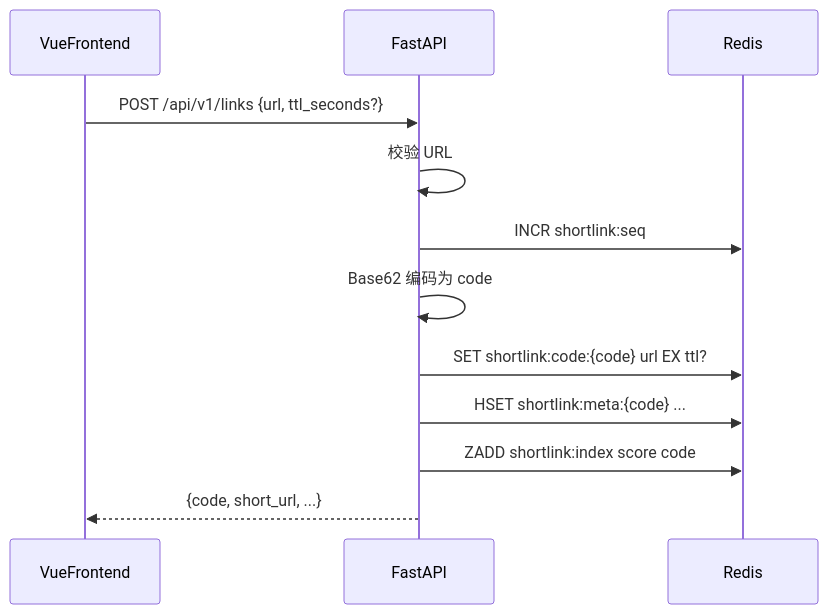
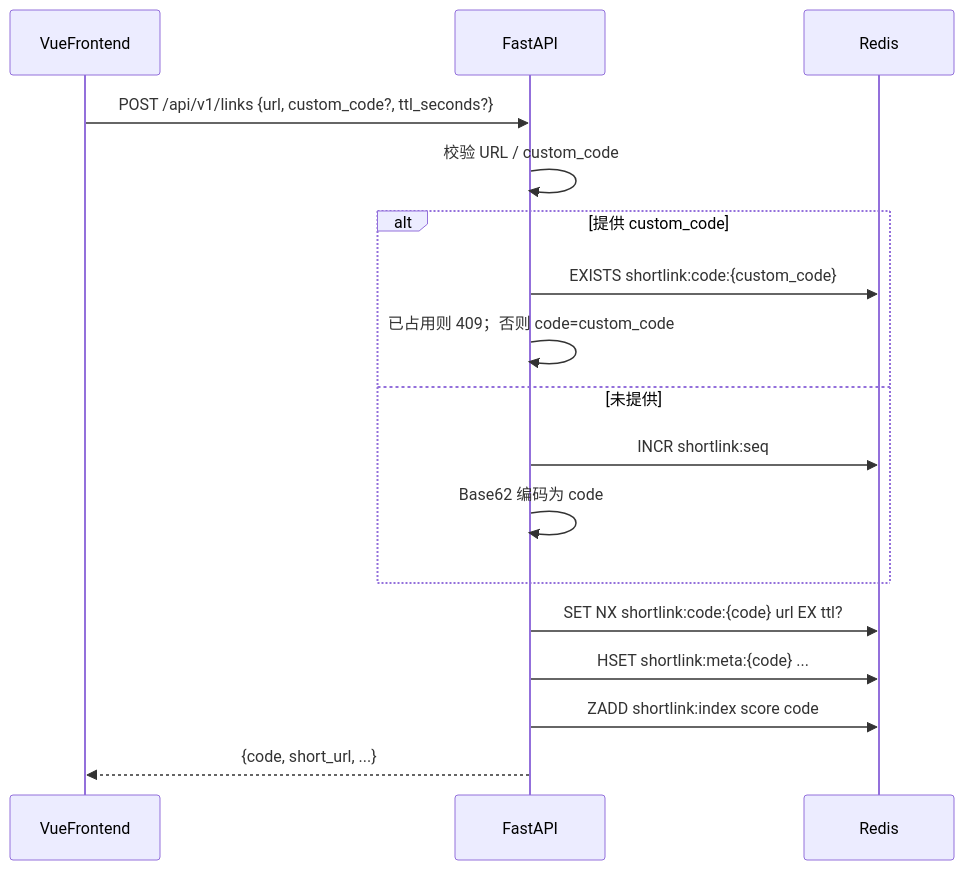
One commit to Keamille/FastAPI-shortlink changed the second of 4 diagrams in docs/DEVELOPMENT.md. Above: the diagram before and after it, drawn with Mermaid. The commit also changed other lines of this file and 11 other files, not shown here.

First line of the commit message:
Implement shortlink API with custom codes and Redis wiring.

````diff
--- a/docs/DEVELOPMENT.md
+++ b/docs/DEVELOPMENT.md
@@ -100,15 +100,20 @@
 ```mermaid
 sequenceDiagram
   participant FE as VueFrontend
   participant API as FastAPI
   participant R as Redis
 
-  FE->>API: POST /api/v1/links {url, ttl_seconds?}
-  API->>API: 校验 URL
-  API->>R: INCR shortlink:seq
-  API->>API: Base62 编码为 code
-  API->>R: SET shortlink:code:{code} url EX ttl?
+  FE->>API: POST /api/v1/links {url, custom_code?, ttl_seconds?}
+  API->>API: 校验 URL / custom_code
+  alt 提供 custom_code
+    API->>R: EXISTS shortlink:code:{custom_code}
+    API->>API: 已占用则 409；否则 code=custom_code
+  else 未提供
+    API->>R: INCR shortlink:seq
+    API->>API: Base62 编码为 code
+  end
+  API->>R: SET NX shortlink:code:{code} url EX ttl?
   API->>R: HSET shortlink:meta:{code} ...
   API->>R: ZADD shortlink:index score code
   API-->>FE: {code, short_url, ...}
 ```
````
